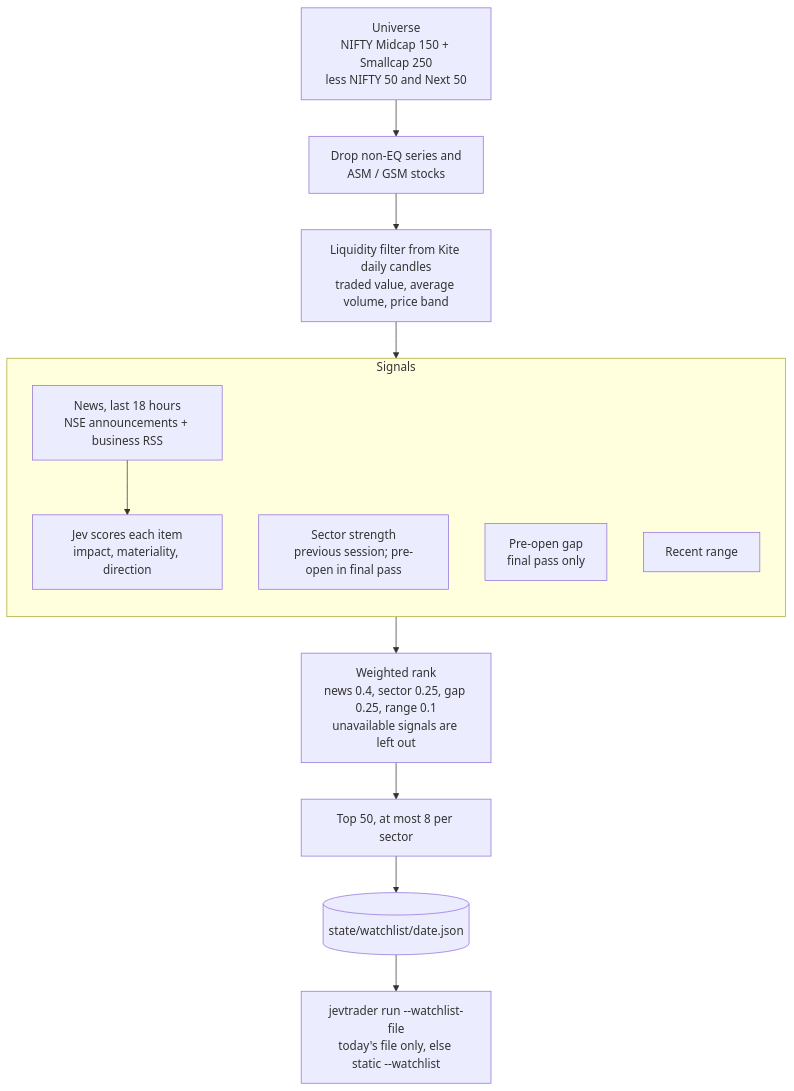
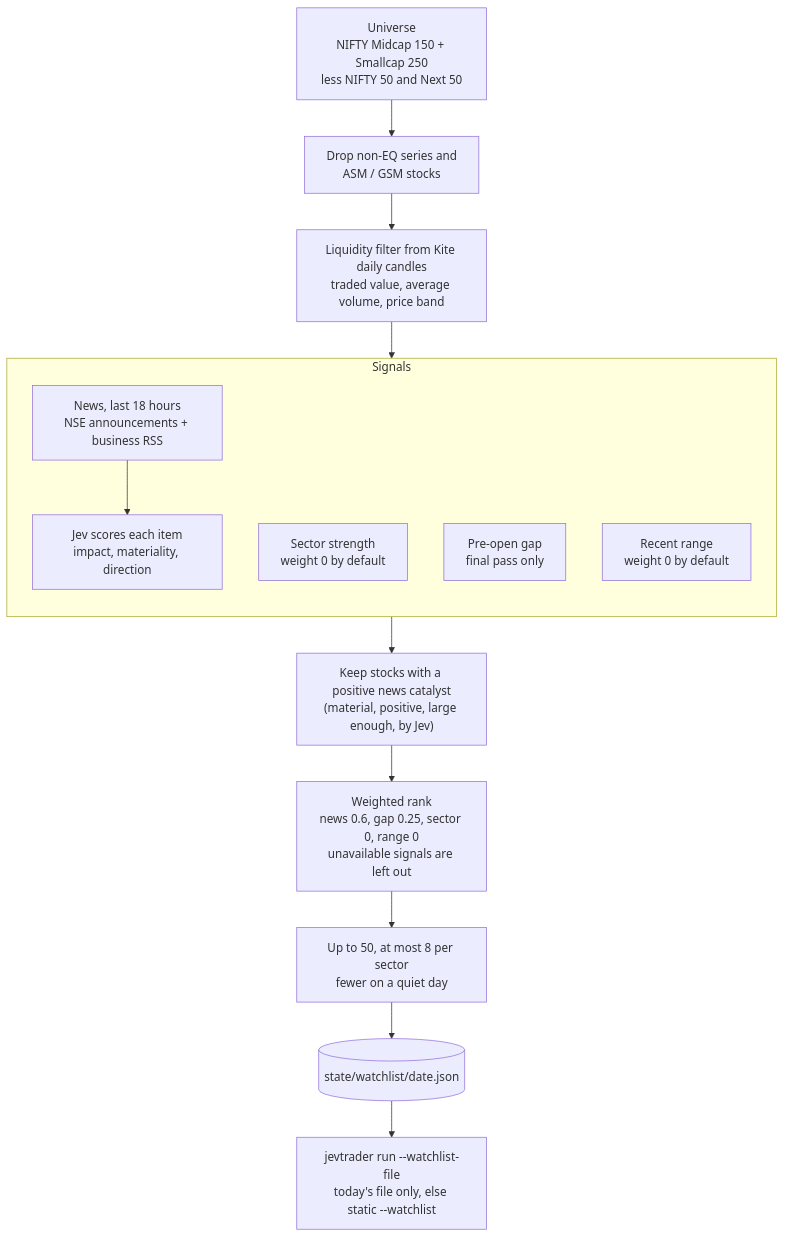
The fourth of 8 diagrams in ARCHITECTURE.md (sanjeev2040/jev-trader), drawn with Mermaid before and after one commit. The commit also changed other lines of this file and 20 other files, not shown here.

First line of the commit message:
feat(screen): rank the watchlist on news catalysts (#55)

````diff
--- a/ARCHITECTURE.md
+++ b/ARCHITECTURE.md
@@ -175,20 +175,21 @@
 ```mermaid
 flowchart TD
     U["Universe<br/>NIFTY Midcap 150 + Smallcap 250<br/>less NIFTY 50 and Next 50"] --> X["Drop non-EQ series and<br/>ASM / GSM stocks"]
     X --> L["Liquidity filter from Kite daily candles<br/>traded value, average volume, price band"]
     L --> SIG
 
     subgraph SIG["Signals"]
         direction TB
         N["News, last 18 hours<br/>NSE announcements + business RSS"]
         N --> NJ["Jev scores each item<br/>impact, materiality, direction"]
-        SE["Sector strength<br/>previous session; pre-open in final pass"]
+        SE["Sector strength<br/>weight 0 by default"]
         GP["Pre-open gap<br/>final pass only"]
-        RG["Recent range"]
+        RG["Recent range<br/>weight 0 by default"]
     end
 
-    SIG --> RANK["Weighted rank<br/>news 0.4, sector 0.25, gap 0.25, range 0.1<br/>unavailable signals are left out"]
-    RANK --> TOP["Top 50, at most 8 per sector"]
+    SIG --> CAT["Keep stocks with a positive news catalyst<br/>(material, positive, large enough, by Jev)"]
+    CAT --> RANK["Weighted rank<br/>news 0.6, gap 0.25, sector 0, range 0<br/>unavailable signals are left out"]
+    RANK --> TOP["Up to 50, at most 8 per sector<br/>fewer on a quiet day"]
     TOP --> F[("state/watchlist/date.json")]
     F --> RUN["jevtrader run --watchlist-file<br/>today's file only, else static --watchlist"]
 ```
````
